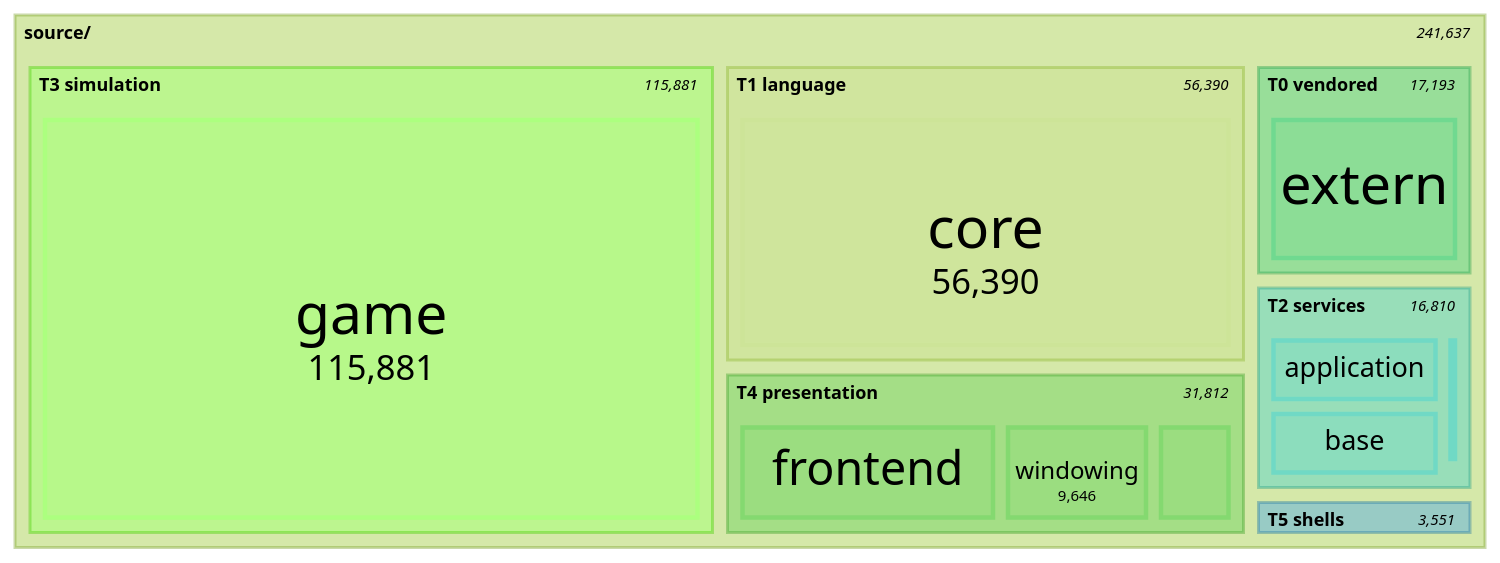
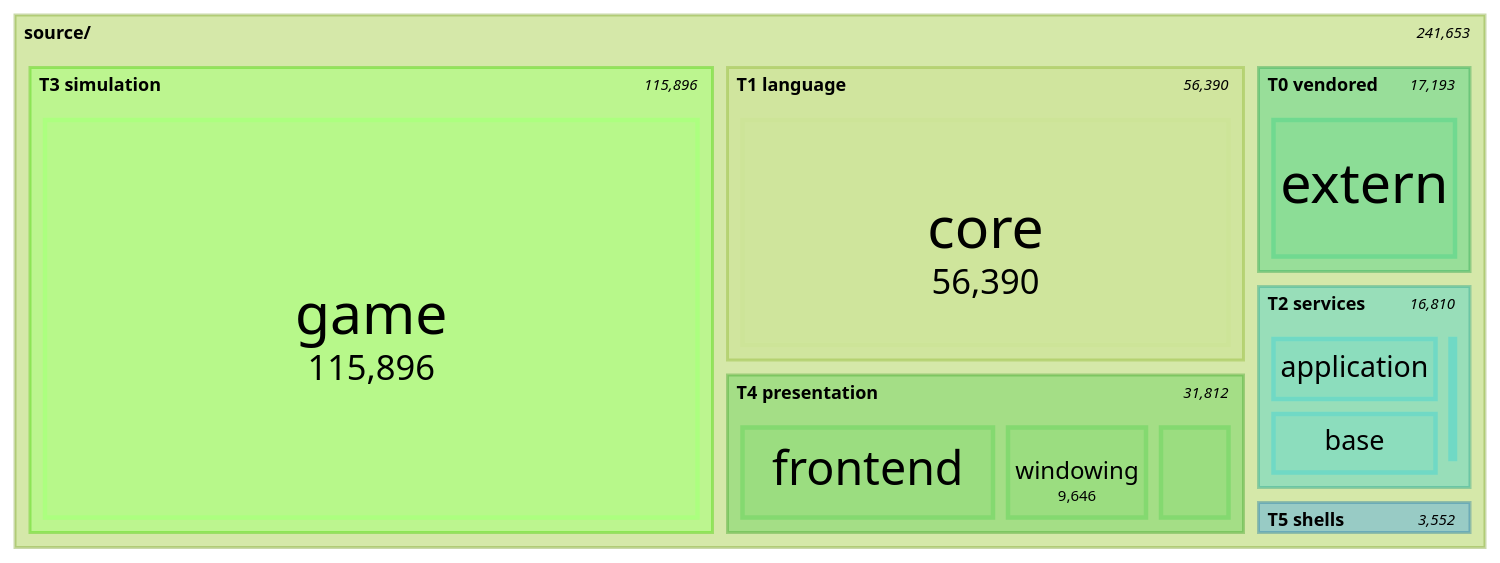
One commit to apnex/OpenStarbound changed the seventh of 11 diagrams in docs/architecture/system-boundaries.md. Above: the diagram before and after it, drawn with Mermaid (forest theme). The commit also changed other lines of this file and 2 other files, not shown here.

````diff
--- a/docs/architecture/system-boundaries.md
+++ b/docs/architecture/system-boundaries.md
@@ -599,22 +599,22 @@
 ```mermaid
 treemap-beta
 "source/"
     "T0 vendored"
         "extern": 17193
     "T1 language"
         "core": 56390
     "T2 services"
         "application": 7677
         "base": 7472
         "metrics": 1519
         "platform": 142
     "T3 simulation"
-        "game": 115881
+        "game": 115896
     "T4 presentation"
         "frontend": 16866
         "windowing": 9646
         "rendering": 5300
     "T5 shells"
-        "client": 2768
+        "client": 2769
         "server": 783
 ```
````
